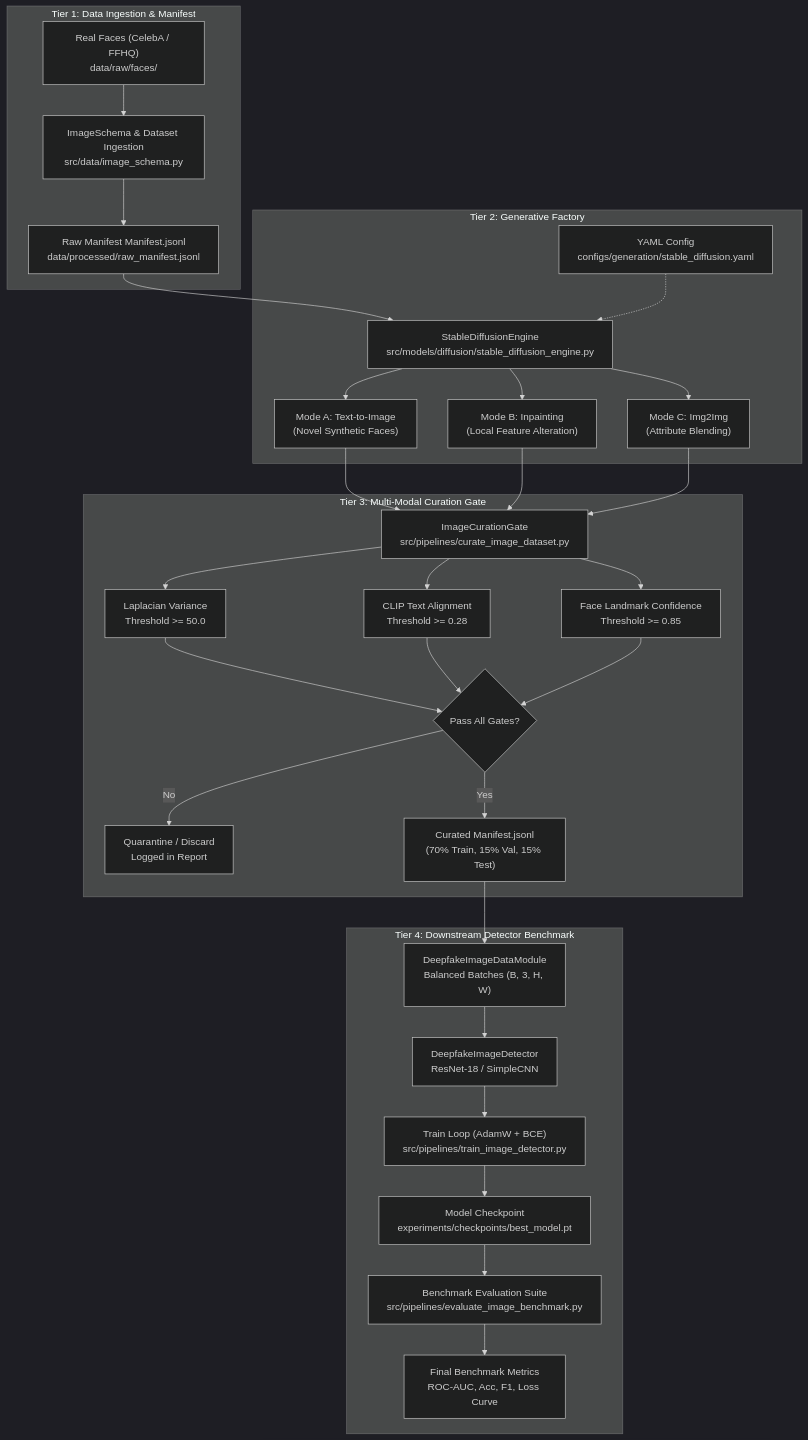
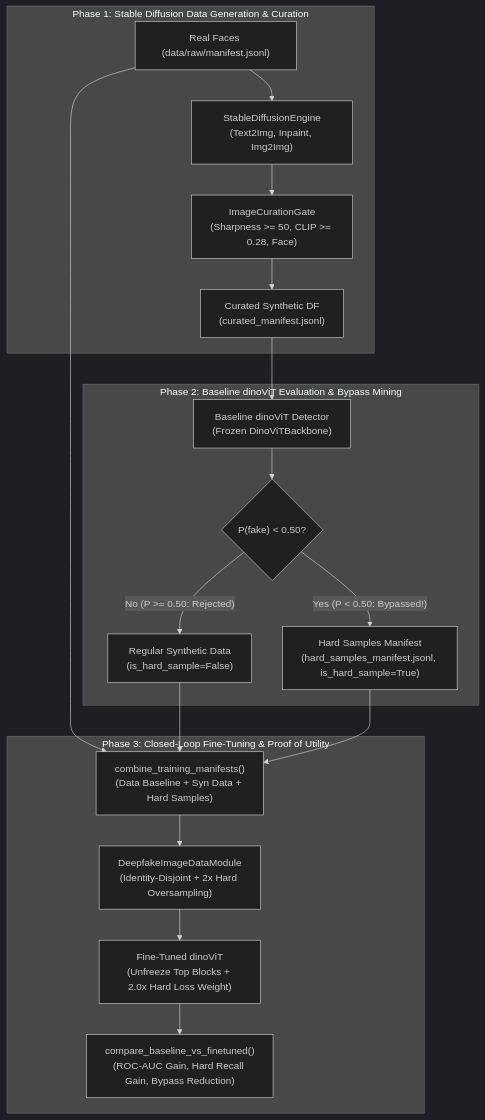
Before and after one commit to bush-le/uth-cv-coursework: the diagram in docs/reports/PART_02_SYSTEM_ARCHITECTURE.md, drawn with Mermaid (dark theme). The commit also changed other lines of this file and 62 other files, not shown here.

First line of the commit message:
Refactor tests and implement hard-sample mining for dinoViT detector

````diff
--- a/docs/reports/PART_02_SYSTEM_ARCHITECTURE.md
+++ b/docs/reports/PART_02_SYSTEM_ARCHITECTURE.md
@@ -219,34 +64,22 @@
 ```mermaid
 flowchart TD
-    subgraph S1["Tier 1: Data Ingestion & Manifest"]
-        R1["Real Faces (CelebA / FFHQ)<br/>data/raw/faces/"] --> P1["ImageSchema & Dataset Ingestion<br/>src/data/image_schema.py"]
-        P1 --> M1["Raw Manifest Manifest.jsonl<br/>data/processed/raw_manifest.jsonl"]
+    subgraph S1["Phase 1: Stable Diffusion Data Generation & Curation"]
+        R1["Real Faces (data/raw/manifest.jsonl)"] --> SDE["StableDiffusionEngine<br/>(Text2Img, Inpaint, Img2Img)"]
+        SDE --> QG["ImageCurationGate<br/>(Sharpness >= 50, CLIP >= 0.28, Face)"]
+        QG --> CUR["Curated Synthetic DF<br/>(curated_manifest.jsonl)"]
     end
 
-    subgraph S2["Tier 2: Generative Factory"]
-        M1 --> SDE["StableDiffusionEngine<br/>src/models/diffusion/stable_diffusion_engine.py"]
-        C1["YAML Config<br/>configs/generation/stable_diffusion.yaml"] -.-> SDE
-        SDE --> G1["Mode A: Text-to-Image<br/>(Novel Synthetic Faces)"]
-        SDE --> G2["Mode B: Inpainting<br/>(Local Feature Alteration)"]
-        SDE --> G3["Mode C: Img2Img<br/>(Attribute Blending)"]
+    subgraph S2["Phase 2: Baseline dinoViT Evaluation & Bypass Mining"]
+        CUR --> BASE_DINO["Baseline dinoViT Detector<br/>(Frozen DinoViTBackbone)"]
+        BASE_DINO --> DEC{"P(fake) < 0.50?"}
+        DEC -- "No (P >= 0.50: Rejected)" --> SYN_REG["Regular Synthetic Data<br/>(is_hard_sample=False)"]
+        DEC -- "Yes (P < 0.50: Bypassed!)" --> HARD_M["Hard Samples Manifest<br/>(hard_samples_manifest.jsonl, is_hard_sample=True)"]
     end
 
-    subgraph S3["Tier 3: Multi-Modal Curation Gate"]
-        G1 & G2 & G3 --> QG["ImageCurationGate<br/>src/pipelines/curate_image_dataset.py"]
-        QG --> C_LAP["Laplacian Variance<br/>Threshold >= 50.0"]
-        QG --> C_CLIP["CLIP Text Alignment<br/>Threshold >= 0.28"]
-        QG --> C_FACE["Face Landmark Confidence<br/>Threshold >= 0.85"]
-        C_LAP & C_CLIP & C_FACE --> PASS{"Pass All Gates?"}
-        PASS -- No --> REJ["Quarantine / Discard<br/>Logged in Report"]
-        PASS -- Yes --> CUR_M["Curated Manifest.jsonl<br/>(70% Train, 15% Val, 15% Test)"]
-    end
-
-    subgraph S4["Tier 4: Downstream Detector Benchmark"]
-        CUR_M --> DM["DeepfakeImageDataModule<br/>Balanced Batches (B, 3, H, W)"]
-        DM --> DET["DeepfakeImageDetector<br/>ResNet-18 / SimpleCNN"]
-        DET --> TR["Train Loop (AdamW + BCE)<br/>src/pipelines/train_image_detector.py"]
-        TR --> CKPT["Model Checkpoint<br/>experiments/checkpoints/best_model.pt"]
-        CKPT --> EVAL["Benchmark Evaluation Suite<br/>src/pipelines/evaluate_image_benchmark.py"]
-        EVAL --> METRICS["Final Benchmark Metrics<br/>ROC-AUC, Acc, F1, Loss Curve"]
+    subgraph S3["Phase 3: Closed-Loop Fine-Tuning & Proof of Utility"]
+        R1 & SYN_REG & HARD_M --> COMB["combine_training_manifests()<br/>(Data Baseline + Syn Data + Hard Samples)"]
+        COMB --> DM["DeepfakeImageDataModule<br/>(Identity-Disjoint + 2x Hard Oversampling)"]
+        DM --> FT_DINO["Fine-Tuned dinoViT<br/>(Unfreeze Top Blocks + 2.0x Hard Loss Weight)"]
+        FT_DINO --> COMP["compare_baseline_vs_finetuned()<br/>(ROC-AUC Gain, Hard Recall Gain, Bypass Reduction)"]
     end
 ```
````
